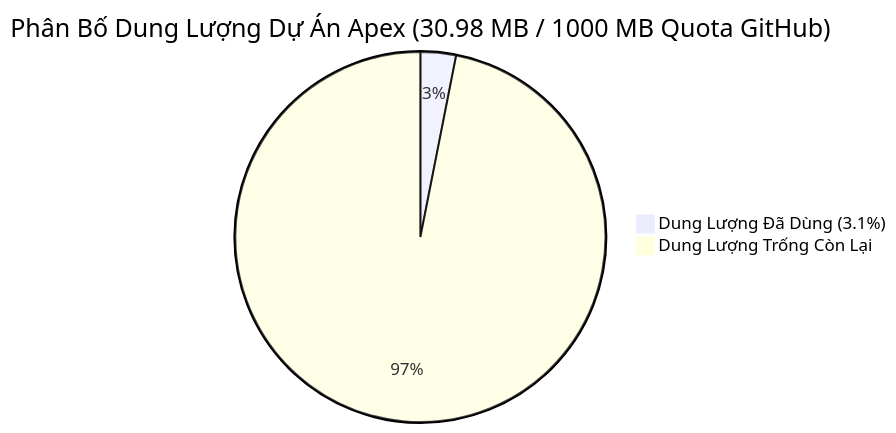
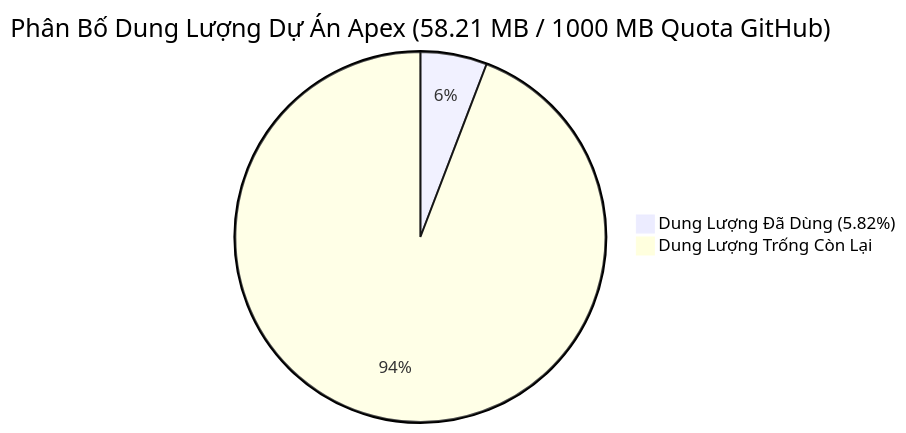
One commit to Thienphuoctran/apex-hedge-fund changed the diagram in 12_Institutional_Ombudsman_And_Inspectorate/daily_audits/2026-11-18_Infrastructure_Health_And_Capacity_Audit.md. Above: the diagram before and after it, drawn with Mermaid. The commit also changed other lines of this file and 541 other files, not shown here.

````diff
--- a/12_Institutional_Ombudsman_And_Inspectorate/daily_audits/2026-11-18_Infrastructure_Health_And_Capacity_Audit.md
+++ b/12_Institutional_Ombudsman_And_Inspectorate/daily_audits/2026-11-18_Infrastructure_Health_And_Capacity_Audit.md
@@ -15,5 +15,5 @@
 ```mermaid
-pie title Phân Bố Dung Lượng Dự Án Apex (30.98 MB / 1000 MB Quota GitHub)
-    "Dung Lượng Đã Dùng (3.1%)" : 30.98
-    "Dung Lượng Trống Còn Lại" : 969.02
+pie title Phân Bố Dung Lượng Dự Án Apex (58.21 MB / 1000 MB Quota GitHub)
+    "Dung Lượng Đã Dùng (5.82%)" : 58.21
+    "Dung Lượng Trống Còn Lại" : 941.79
 ```
````
